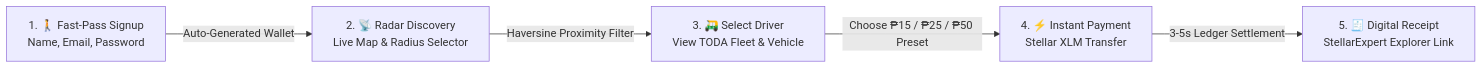
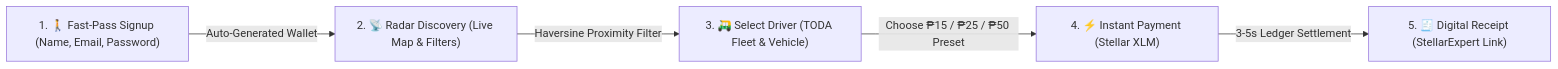
The second of 5 diagrams in README.md (zneright/mobilis), drawn with Mermaid before and after one commit. The commit also changed other lines of this file and 1 other file, not shown here.

````diff
--- a/README.md
+++ b/README.md
@@ -77,7 +77,7 @@
 ```mermaid
 flowchart LR
-    A[1. 🚶 Fast-Pass Signup<br/>Name, Email, Password] -->|Auto-Generated Wallet| B[2. 📡 Radar Discovery<br/>Live Map & Radius Selector]
-    B -->|Haversine Proximity Filter| C[3. 🛺 Select Driver<br/>View TODA Fleet & Vehicle]
-    C -->|Choose ₱15 / ₱25 / ₱50 Preset| D[4. ⚡ Instant Payment<br/>Stellar XLM Transfer]
-    D -->|3-5s Ledger Settlement| E[5. 🧾 Digital Receipt<br/>StellarExpert Explorer Link]
+    A["1. 🚶 Fast-Pass Signup (Name, Email, Password)"] -->|Auto-Generated Wallet| B["2. 📡 Radar Discovery (Live Map & Filters)"]
+    B -->|Haversine Proximity Filter| C["3. 🛺 Select Driver (TODA Fleet & Vehicle)"]
+    C -->|Choose ₱15 / ₱25 / ₱50 Preset| D["4. ⚡ Instant Payment (Stellar XLM)"]
+    D -->|3-5s Ledger Settlement| E["5. 🧾 Digital Receipt (StellarExpert Link)"]
 ```
````
